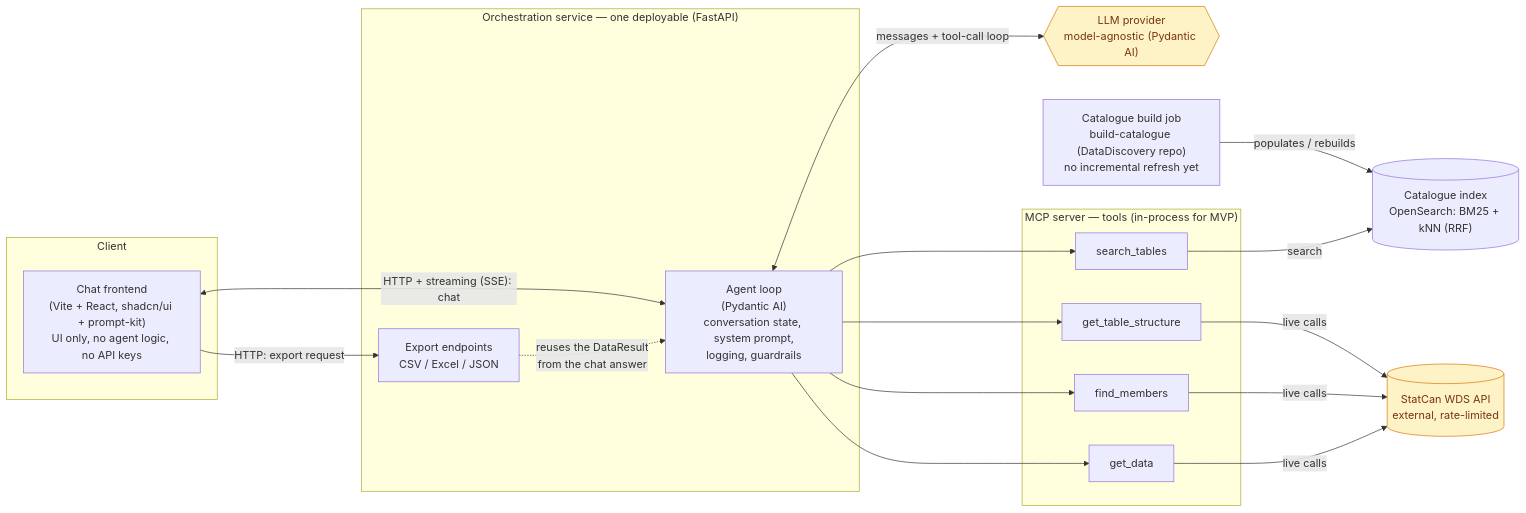
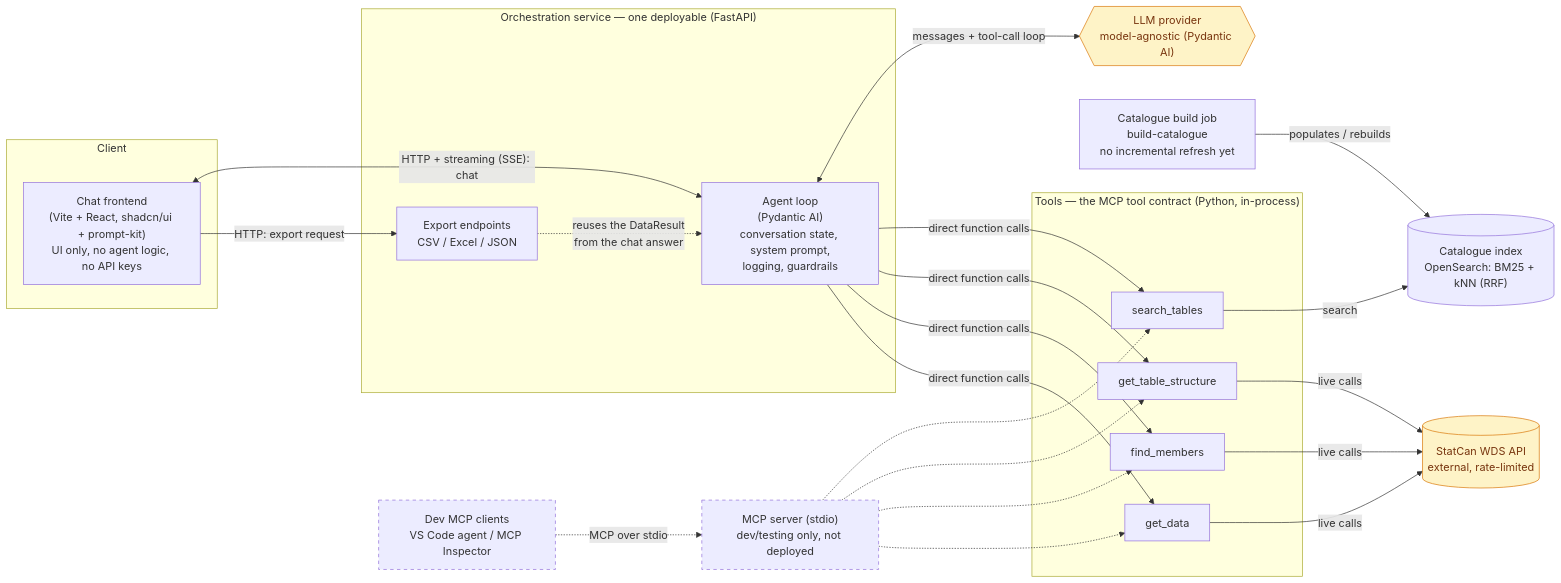
Before and after one commit to muadht/open-data-assistant: the first of 4 diagrams in docs/architecture-overview.md, drawn with Mermaid. The commit also changed other lines of this file and 7 other files, not shown here.

First line of the commit message:
Stdio MCP server over the four tools, for dev testing (#28)

````diff
--- a/docs/architecture-overview.md
+++ b/docs/architecture-overview.md
@@ -7,35 +7,43 @@
 ```mermaid
 flowchart LR
     subgraph Client
         FE["Chat frontend<br/>(Vite + React, shadcn/ui + prompt-kit)<br/>UI only, no agent logic, no API keys"]
     end
 
+    DEV["Dev MCP clients<br/>VS Code agent / MCP Inspector"]
+
     subgraph Orchestration["Orchestration service — one deployable (FastAPI)"]
         AGENT["Agent loop<br/>(Pydantic AI)<br/>conversation state, system prompt,<br/>logging, guardrails"]
         EXPORT["Export endpoints<br/>CSV / Excel / JSON"]
     end
 
-    subgraph MCP["MCP server — tools (in-process for MVP)"]
+    MCPSRV["MCP server (stdio)<br/>dev/testing only, not deployed"]
+
+    subgraph TOOLS["Tools — the MCP tool contract (Python, in-process)"]
         T1["search_tables"]
         T2["get_table_structure"]
         T3["find_members"]
         T4["get_data"]
     end
 
     IDX[("Catalogue index<br/>OpenSearch: BM25 + kNN (RRF)")]
-    CAT["Catalogue build job<br/>build-catalogue (DataDiscovery repo)<br/>no incremental refresh yet"]
+    CAT["Catalogue build job<br/>build-catalogue<br/>no incremental refresh yet"]
     WDS[("StatCan WDS API<br/>external, rate-limited")]
     LLM{{"LLM provider<br/>model-agnostic (Pydantic AI)"}}
 
     FE <-->|"HTTP + streaming (SSE): chat"| AGENT
     FE -->|"HTTP: export request"| EXPORT
     EXPORT -.->|"reuses the DataResult<br/>from the chat answer"| AGENT
     AGENT <-->|"messages + tool-call loop"| LLM
-    AGENT --> T1 & T2 & T3 & T4
+    AGENT -->|"direct function calls"| T1 & T2 & T3 & T4
+    DEV -.->|"MCP over stdio"| MCPSRV
+    MCPSRV -.-> T1 & T2 & T3 & T4
     T1 -->|"search"| IDX
     CAT -->|"populates / rebuilds"| IDX
     T2 & T3 & T4 -->|"live calls"| WDS
 
     classDef ext fill:#fef3c7,stroke:#d97706,color:#78350f
+    classDef dev stroke-dasharray: 5 5
     class WDS,LLM ext
+    class DEV,MCPSRV dev
 ```
````
